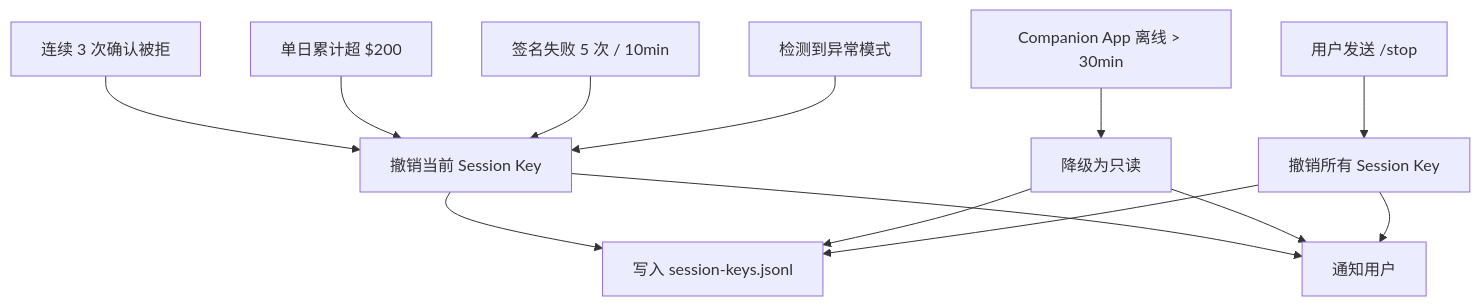
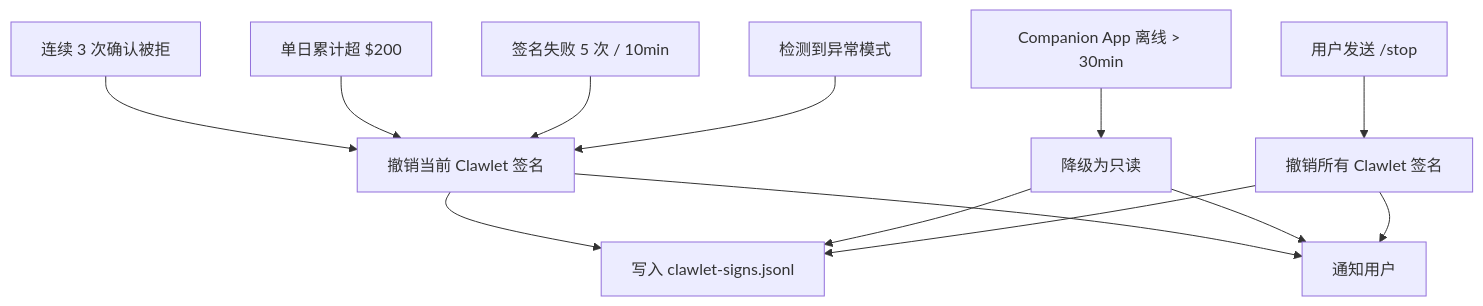
Before and after one commit to owliabot/owliabot: the fourth of 5 diagrams in docs/design/audit-strategy.md, drawn with Mermaid. The commit also changed other lines of this file and 3 other files, not shown here.

First line of the commit message:
refactor: remove session key references from policy and docs

````diff
--- a/docs/design/audit-strategy.md
+++ b/docs/design/audit-strategy.md
@@ -561,16 +561,16 @@
 ```mermaid
 flowchart TD
-    E1[连续 3 次确认被拒] --> R[撤销当前 Session Key]
+    E1[连续 3 次确认被拒] --> R[撤销当前 Clawlet 签名]
     E2[单日累计超 $200] --> R
     E3[签名失败 5 次 / 10min] --> R
     E4[检测到异常模式] --> R
     E5[Companion App 离线 > 30min] --> DG[降级为只读]
-    E6[用户发送 /stop] --> RA[撤销所有 Session Key]
+    E6[用户发送 /stop] --> RA[撤销所有 Clawlet 签名]
     
-    R --> LOG[写入 session-keys.jsonl]
+    R --> LOG[写入 clawlet-signs.jsonl]
     R --> NOTIFY[通知用户]
     DG --> LOG
     DG --> NOTIFY
     RA --> LOG
     RA --> NOTIFY
 ```
````
